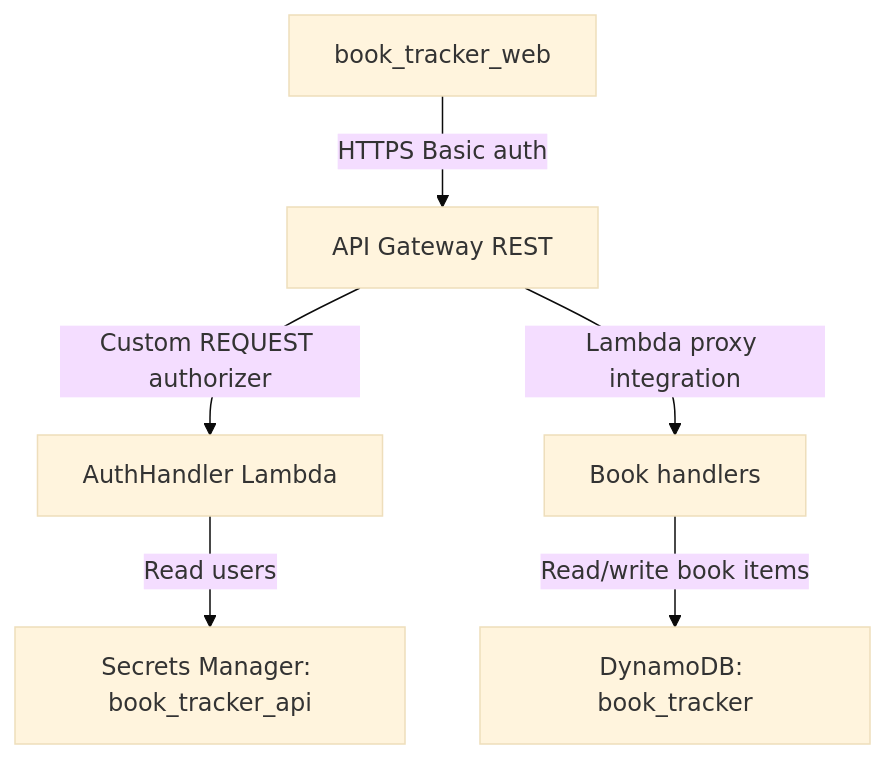
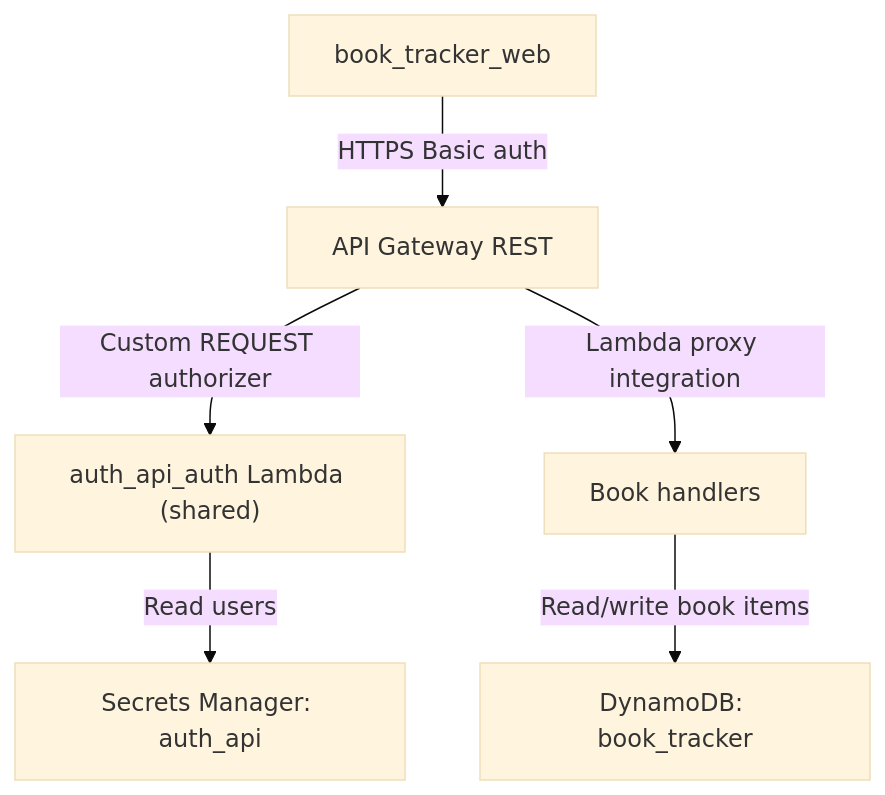
Before and after one commit to jordansimsmith/jordansimsmith-com: the first of 2 diagrams in book_tracker_api/README.md, drawn with Mermaid (base theme). The commit also changed other lines of this file and 52 other files, not shown here.

Commit message:
Centralise lambda authorizers into shared auth_api service

````diff
--- a/book_tracker_api/README.md
+++ b/book_tracker_api/README.md
@@ -48,8 +48,8 @@
 ```mermaid
 flowchart TD
   webClient["book_tracker_web"] -->|"HTTPS Basic auth"| apiGateway["API Gateway REST"]
-  apiGateway -->|"Custom REQUEST authorizer"| authLambda["AuthHandler Lambda"]
-  authLambda -->|"Read users"| secretsManager["Secrets Manager: book_tracker_api"]
+  apiGateway -->|"Custom REQUEST authorizer"| authLambda["auth_api_auth Lambda (shared)"]
+  authLambda -->|"Read users"| secretsManager["Secrets Manager: auth_api"]
   apiGateway -->|"Lambda proxy integration"| bookHandlers["Book handlers"]
   bookHandlers -->|"Read/write book items"| dynamoTable["DynamoDB: book_tracker"]
 ```
````
